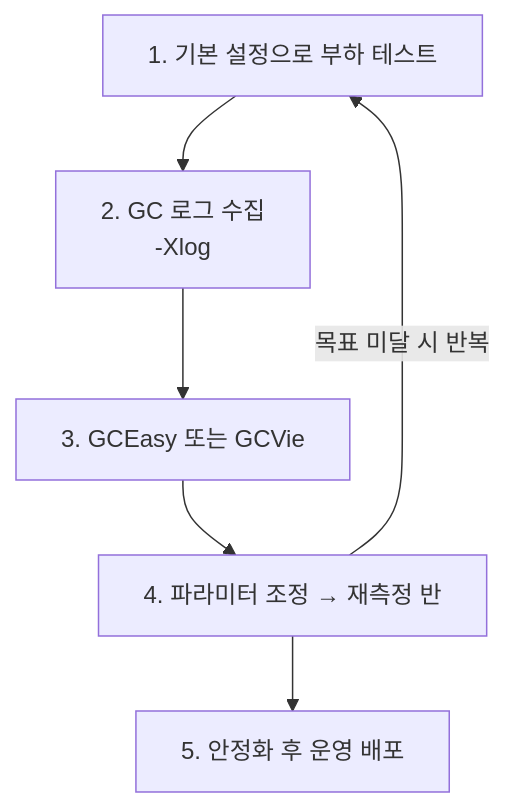
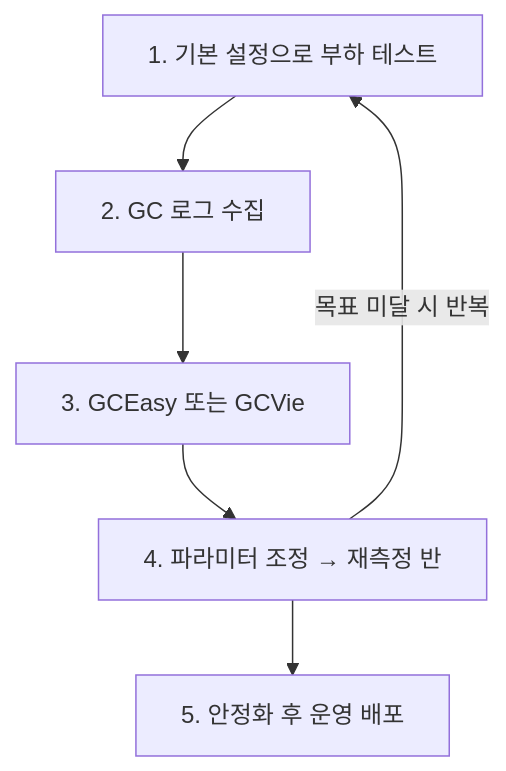
One commit to yjkim2015/yjkim2015.github.io changed diagram 27 of 29 in _posts/java/2026-05-01-java-garbage-collector.md. Above: the diagram before and after it, drawn with Mermaid. The commit also changed other lines of this file and 217 other files, not shown here.

First line of the commit message:
Mermaid 크기 수정: useMaxWidth:true + SVG max-width:100% + 라벨 축소

````diff
--- a/_posts/java/2026-05-01-java-garbage-collector.md
+++ b/_posts/java/2026-05-01-java-garbage-collector.md
@@ -851,10 +851,10 @@
 ```mermaid
 graph TD
     S1["1. 기본 설정으로 부하 테스트"]
-    S2["2. GC 로그 수집\n-Xlog"]
+    S2["2. GC 로그 수집"]
     S3["3. GCEasy 또는 GCVie"]
     S4["4. 파라미터 조정 → 재측정 반"]
     S5["5. 안정화 후 운영 배포"]
     S1 --> S2 --> S3 --> S4 --> S5
     S4 -->|"목표 미달 시 반복"| S1
 ```
````
